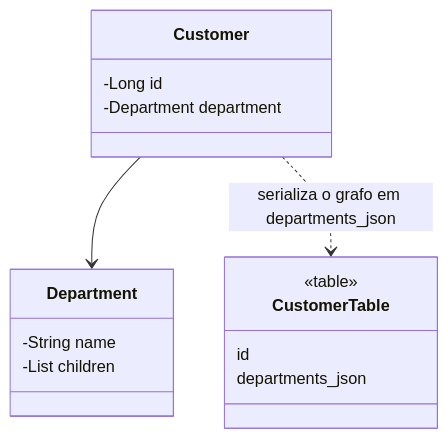
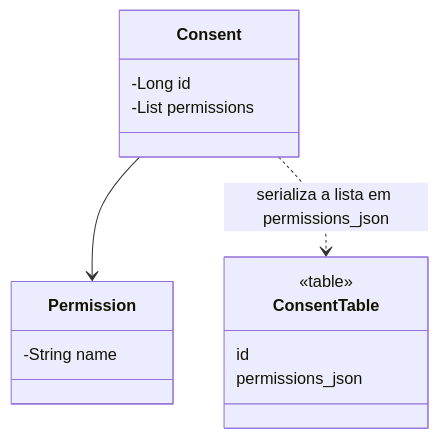
Before and after one commit to alancesar/design-patterns: the diagram in docs/design/poeaa/object-relational-structural/serialized-lob.md, drawn with Mermaid. The commit also changed other lines of this file and 95 other files, not shown here.

First line of the commit message:
Switch PoEAA examples and diagrams to fintech scenarios

````diff
--- a/docs/design/poeaa/object-relational-structural/serialized-lob.md
+++ b/docs/design/poeaa/object-relational-structural/serialized-lob.md
@@ -53,18 +53,17 @@
 ```mermaid
 classDiagram
-    class Customer {
+    class Consent {
         -Long id
-        -Department department
+        -List permissions
     }
-    class Department {
+    class Permission {
         -String name
-        -List children
     }
-    class CustomerTable {
+    class ConsentTable {
         <<table>>
         id
-        departments_json
+        permissions_json
     }
-    Customer --> Department
-    Customer ..> CustomerTable : serializa o grafo em departments_json
+    Consent --> Permission
+    Consent ..> ConsentTable : serializa a lista em permissions_json
 ```
````
